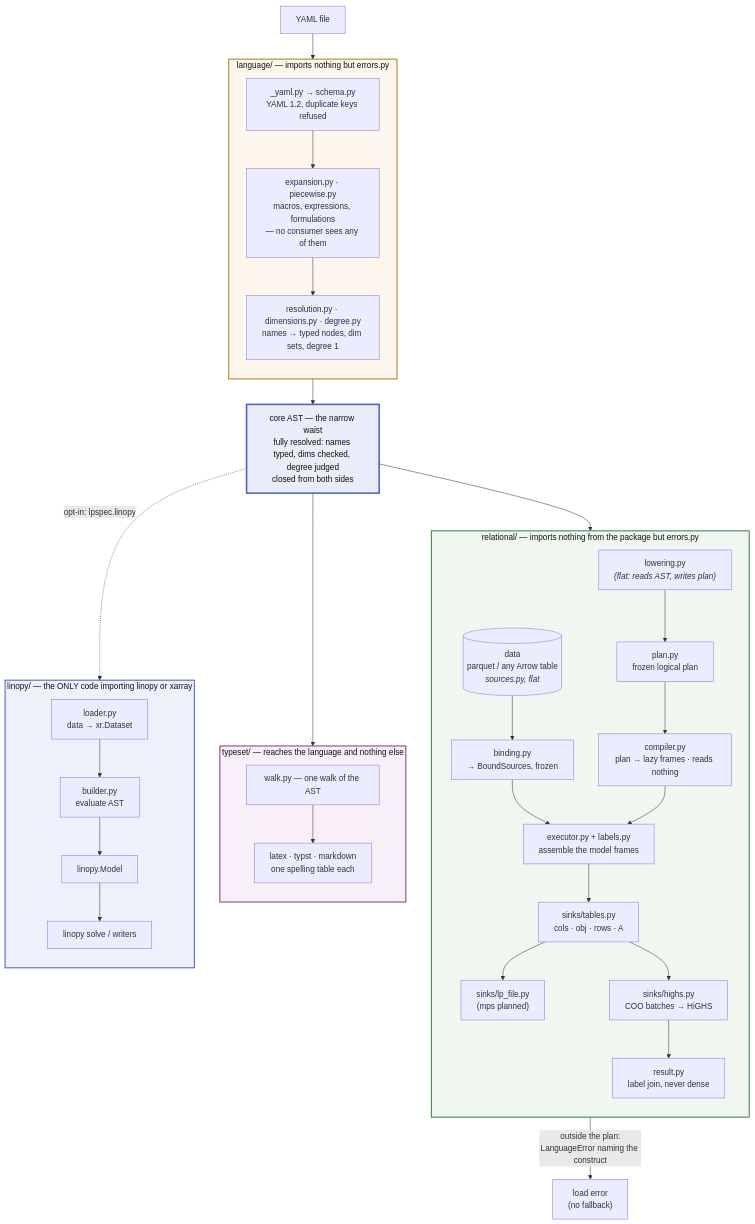
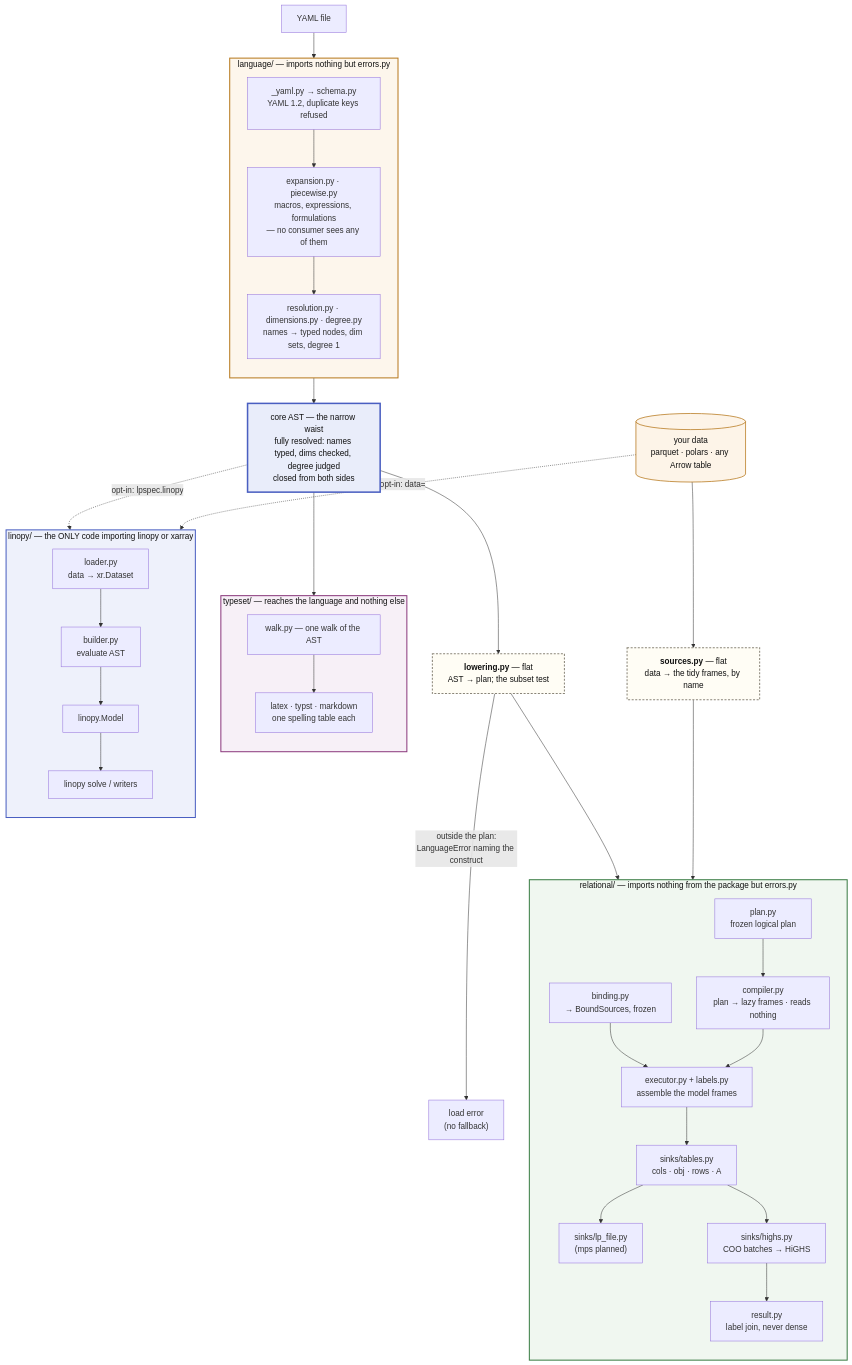
One commit to FBumann/farkas changed the first of 2 diagrams in docs/ARCHITECTURE.md. Above: the diagram before and after it, drawn with Mermaid. The commit also changed other lines of this file and 1 other file, not shown here.

First line of the commit message:
docs(architecture): the consumers diagram carries the shape, not the list (#377)

````diff
--- a/docs/ARCHITECTURE.md
+++ b/docs/ARCHITECTURE.md
@@ -31,54 +48,64 @@
 ```mermaid
 flowchart TB
     Y[YAML file] --> LANG
 
     subgraph LANG["language/ — imports nothing but errors.py"]
         direction TB
         SCHEMA["_yaml.py → schema.py<br/>YAML 1.2, duplicate keys refused"]
         SCHEMA --> EXPAND["expansion.py · piecewise.py<br/>macros, expressions, formulations<br/>— no consumer sees any of them"]
         EXPAND --> RESOLVE["resolution.py · dimensions.py · degree.py<br/>names → typed nodes, dim sets, degree 1"]
     end
 
     LANG --> AST["core AST — the narrow waist<br/>fully resolved: names typed, dims checked, degree judged<br/>closed from both sides"]
 
     AST --> LOWER
     AST --> WALK
     AST -.->|"opt-in: lpspec.linopy"| BUILD
 
+    DATA[("your data<br/>parquet · polars · any Arrow table")] --> SRC
+    DATA -.->|"opt-in: data="| LOAD
+
+    LOWER["<b>lowering.py</b> — flat<br/>AST → plan; the subset test"]
+    SRC["<b>sources.py</b> — flat<br/>data → the tidy frames, by name"]
+
+    LOWER --> PLAN
+    SRC --> BIND
+    LOWER -->|"outside the plan:<br/>LanguageError naming the construct"| ERR["load error<br/>(no fallback)"]
+
     subgraph REL["relational/ — imports nothing from the package but errors.py"]
         direction TB
-        LOWER["lowering.py<br/><i>(flat: reads AST, writes plan)</i>"] --> PLAN["plan.py<br/>frozen logical plan"]
-        PLAN --> COMP["compiler.py<br/>plan → lazy frames · reads nothing"]
-        DR[("data<br/>parquet / any Arrow table<br/><i>sources.py, flat</i>")] --> BIND["binding.py<br/>→ BoundSources, frozen"]
-        BIND --> EXEC
+        PLAN["plan.py<br/>frozen logical plan"] --> COMP["compiler.py<br/>plan → lazy frames · reads nothing"]
+        BIND["binding.py<br/>→ BoundSources, frozen"] --> EXEC
         COMP --> EXEC["executor.py + labels.py<br/>assemble the model frames"]
         EXEC --> TABLES["sinks/tables.py<br/>cols · obj · rows · A"]
         TABLES --> LPS["sinks/lp_file.py<br/>(mps planned)"]
         TABLES --> DIRECT["sinks/highs.py<br/>COO batches → HiGHS"]
         DIRECT --> SOL["result.py<br/>label join, never dense"]
     end
 
     subgraph TS["typeset/ — reaches the language and nothing else"]
         direction TB
         WALK["walk.py — one walk of the AST"] --> FMT["latex · typst · markdown<br/>one spelling table each"]
     end
 
     subgraph EAGER["linopy/ — the ONLY code importing linopy or xarray"]
         direction TB
         LOAD["loader.py<br/>data → xr.Dataset"] --> BUILD["builder.py<br/>evaluate AST"]
         BUILD --> MODEL[linopy.Model] --> SOLVE["linopy solve / writers"]
     end
 
-    LOWER -->|"outside the plan:<br/>LanguageError naming the construct"| ERR["load error<br/>(no fallback)"]
-
     classDef laneL fill:#fdf6ec,stroke:#b7791f,stroke-width:2px,color:#111
     classDef laneR fill:#f0f7f0,stroke:#3a7d44,stroke-width:2px,color:#111
     classDef laneE fill:#eef1fb,stroke:#4a5fc1,stroke-width:2px,color:#111
     classDef laneT fill:#f7f0f7,stroke:#8b3a7d,stroke-width:2px,color:#111
     classDef waist fill:#e9edfa,stroke:#4a5fc1,stroke-width:3px,color:#111
+    classDef flat fill:#fffdf5,stroke:#8a8578,stroke-width:2px,stroke-dasharray:4 3,color:#111
+    classDef data fill:#fdf4e8,stroke:#b7791f,stroke-width:1.5px,color:#111
     class LANG laneL
     class REL laneR
     class EAGER laneE
     class TS laneT
     class AST waist
+    class LOWER,SRC flat
+    class DATA data
 ```
````
